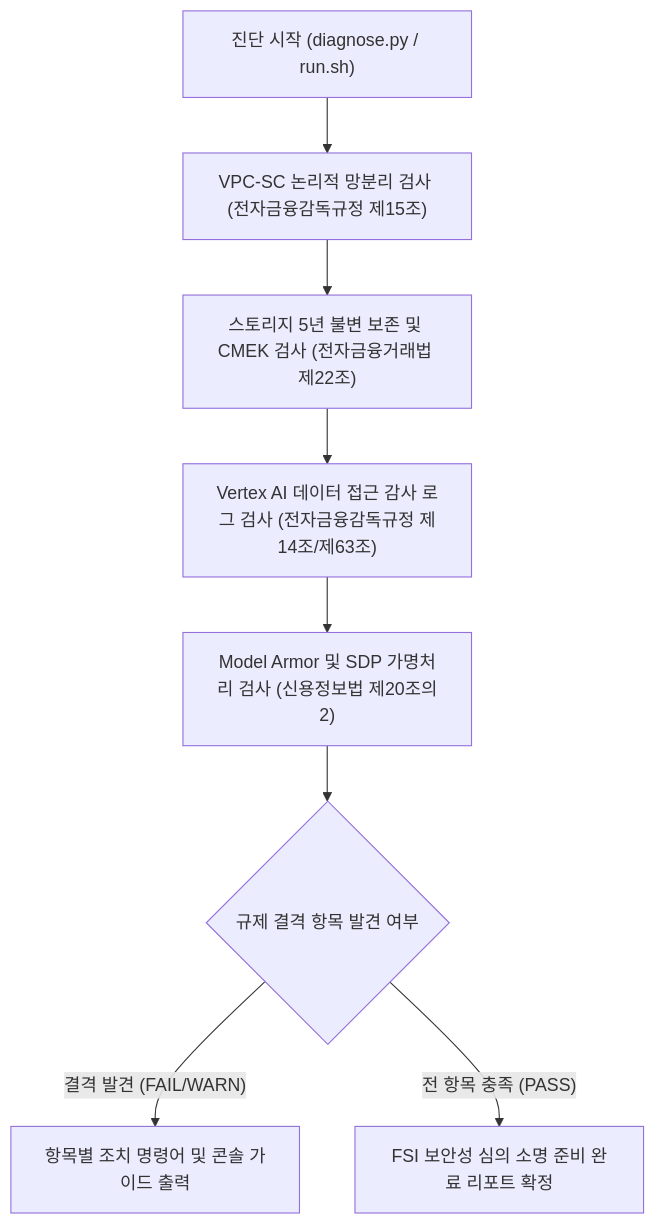
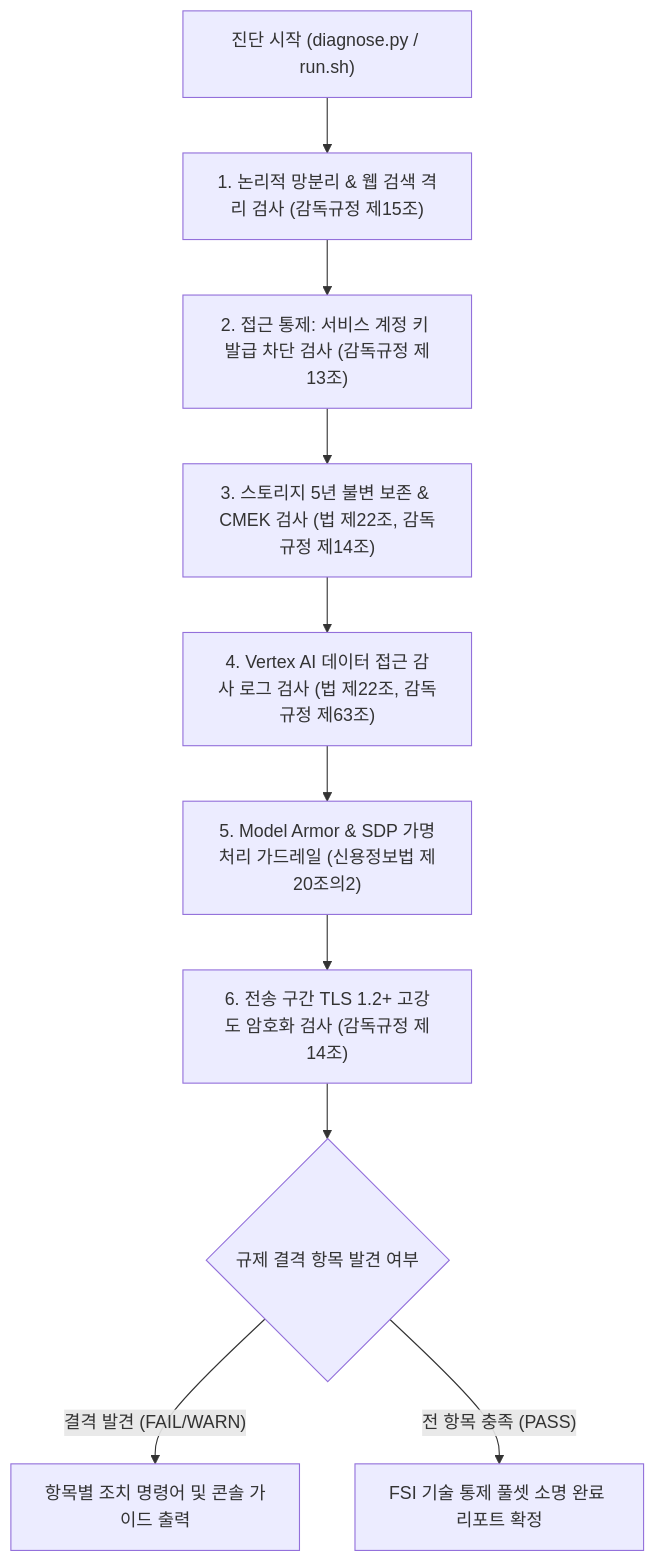
The diagram in samples/korea-fsi-regulatory-perimeter-guard/README.md (jiangjun-forge/google-cloud-0-to-1), drawn with Mermaid before and after one commit. The commit also changed other lines of this file and 3 other files, not shown here.

````diff
--- a/samples/korea-fsi-regulatory-perimeter-guard/README.md
+++ b/samples/korea-fsi-regulatory-perimeter-guard/README.md
@@ -48,10 +51,12 @@
 ```mermaid
 flowchart TD
-    A["진단 시작 (diagnose.py / run.sh)"] --> B["VPC-SC 논리적 망분리 검사 (전자금융감독규정 제15조)"]
-    B --> C["스토리지 5년 불변 보존 및 CMEK 검사 (전자금융거래법 제22조)"]
-    C --> D["Vertex AI 데이터 접근 감사 로그 검사 (전자금융감독규정 제14조/제63조)"]
-    D --> E["Model Armor 및 SDP 가명처리 검사 (신용정보법 제20조의2)"]
-    E --> F{"규제 결격 항목 발견 여부"}
-    F -- "결격 발견 (FAIL/WARN)" --> G["항목별 조치 명령어 및 콘솔 가이드 출력"]
-    F -- "전 항목 충족 (PASS)" --> H["FSI 보안성 심의 소명 준비 완료 리포트 확정"]
+    A["진단 시작 (diagnose.py / run.sh)"] --> B["1. 논리적 망분리 & 웹 검색 격리 검사 (감독규정 제15조)"]
+    B --> C["2. 접근 통제: 서비스 계정 키 발급 차단 검사 (감독규정 제13조)"]
+    C --> D["3. 스토리지 5년 불변 보존 & CMEK 검사 (법 제22조, 감독규정 제14조)"]
+    D --> E["4. Vertex AI 데이터 접근 감사 로그 검사 (법 제22조, 감독규정 제63조)"]
+    E --> F["5. Model Armor & SDP 가명처리 가드레일 (신용정보법 제20조의2)"]
+    F --> G["6. 전송 구간 TLS 1.2+ 고강도 암호화 검사 (감독규정 제14조)"]
+    G --> H{"규제 결격 항목 발견 여부"}
+    H -- "결격 발견 (FAIL/WARN)" --> I["항목별 조치 명령어 및 콘솔 가이드 출력"]
+    H -- "전 항목 충족 (PASS)" --> J["FSI 기술 통제 풀셋 소명 완료 리포트 확정"]
 ```
````
